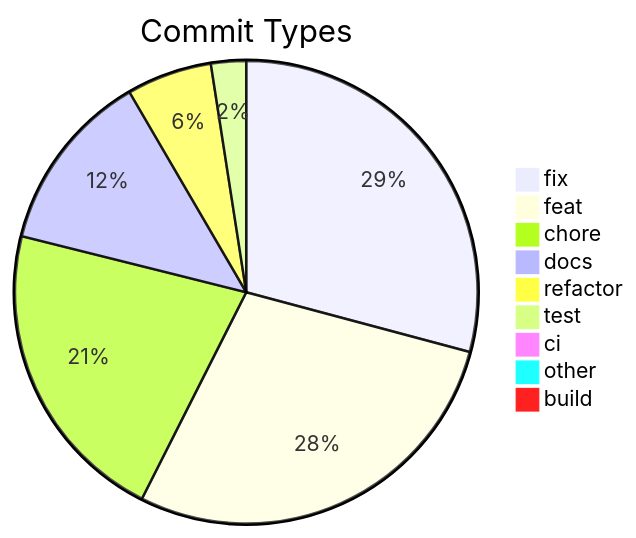
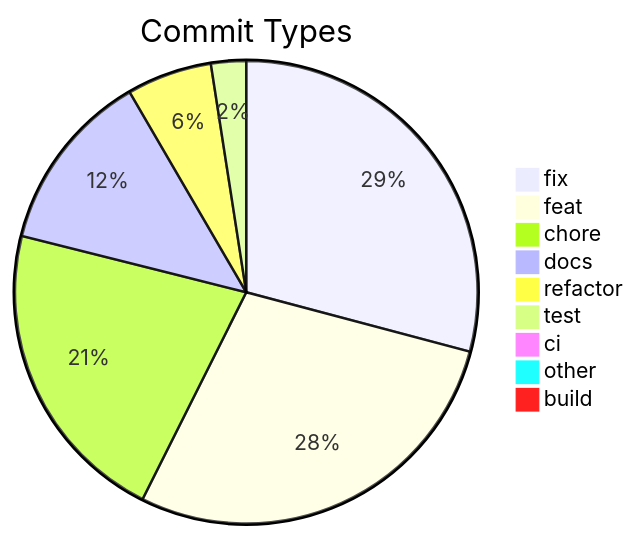
The diagram in .shipwright/compliance/change-history.md (svenroth-ai/shipwright), drawn with Mermaid before and after one commit. The commit also changed other lines of this file and 29 other files, not shown here.

````diff
--- a/.shipwright/compliance/change-history.md
+++ b/.shipwright/compliance/change-history.md
@@ -8,12 +8,12 @@
 ```mermaid
 pie title Commit Types
     "fix" : 333
     "feat" : 323
-    "chore" : 245
+    "chore" : 246
     "docs" : 145
     "refactor" : 68
     "test" : 28
     "ci" : 11
     "other" : 9
     "build" : 1
 ```
````
